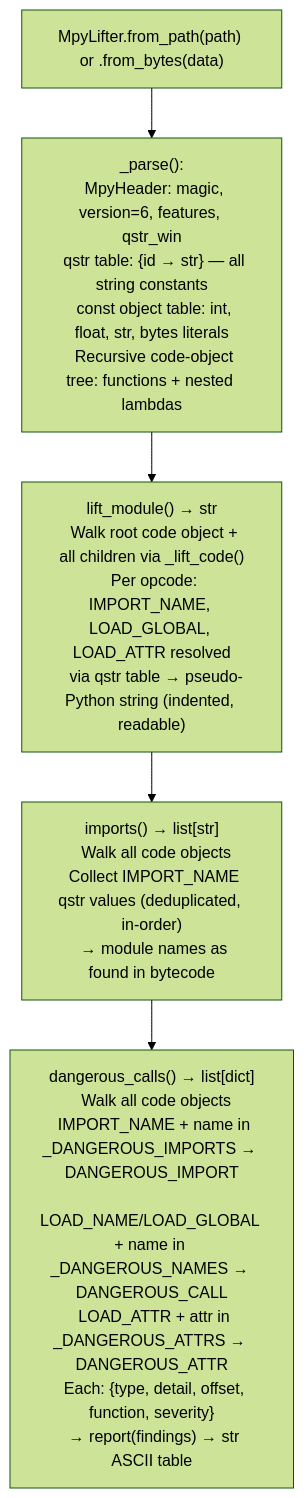
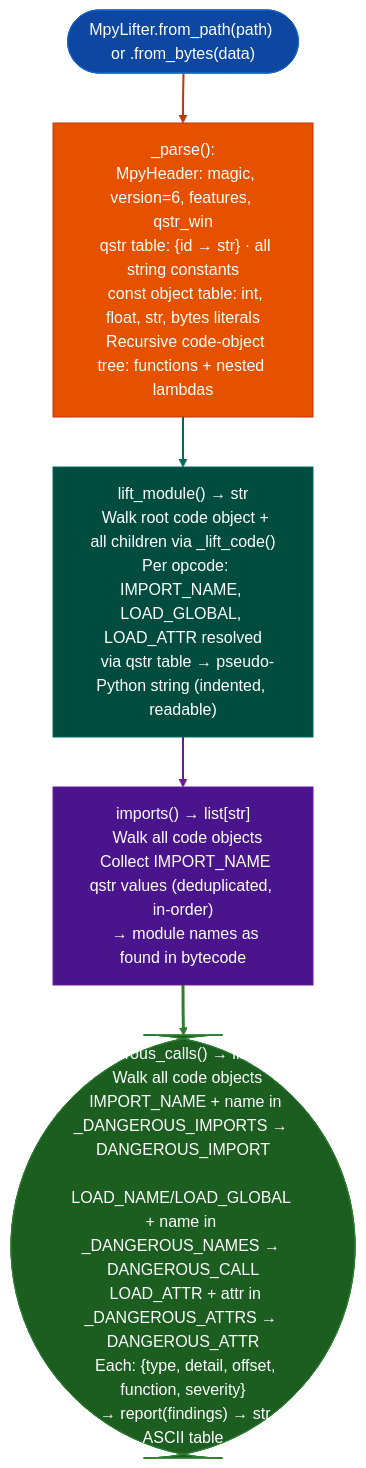
Before and after one commit to Ablation-Tool/ablation: the diagram in docs/reference-modules/micropython.md, drawn with Mermaid (forest theme). The commit also changed 320 other files, not shown here.

First line of the commit message:
docs: apply canonical Mermaid template to all 321 diagrams

````diff
--- a/docs/reference-modules/micropython.md
+++ b/docs/reference-modules/micropython.md
@@ -19,7 +19,17 @@
 ```mermaid
 flowchart TD
-    A["MpyLifter.from_path(path) or .from_bytes(data)"] --> B["_parse():\n  MpyHeader: magic, version=6, features, qstr_win\n  qstr table: {id → str} — all string constants\n  const object table: int, float, str, bytes literals\n  Recursive code-object tree: functions + nested lambdas"]
-    B --> C["lift_module() → str\n  Walk root code object + all children via _lift_code()\n  Per opcode: IMPORT_NAME, LOAD_GLOBAL, LOAD_ATTR resolved\n  via qstr table → pseudo-Python string (indented, readable)"]
-    C --> D["imports() → list[str]\n  Walk all code objects\n  Collect IMPORT_NAME qstr values (deduplicated, in-order)\n  → module names as found in bytecode"]
-    D --> E["dangerous_calls() → list[dict]\n  Walk all code objects\n  IMPORT_NAME + name in _DANGEROUS_IMPORTS → DANGEROUS_IMPORT\n  LOAD_NAME/LOAD_GLOBAL + name in _DANGEROUS_NAMES → DANGEROUS_CALL\n  LOAD_ATTR + attr in _DANGEROUS_ATTRS → DANGEROUS_ATTR\n  Each: {type, detail, offset, function, severity}\n  → report(findings) → str ASCII table"]
+    A(["MpyLifter.from_path(path) or .from_bytes(data)"]):::input --> B["_parse():\n  MpyHeader: magic, version=6, features, qstr_win\n  qstr table: {id → str} · all string constants\n  const object table: int, float, str, bytes literals\n  Recursive code-object tree: functions + nested lambdas"]:::primary
+    B:::primary --> C["lift_module() → str\n  Walk root code object + all children via _lift_code()\n  Per opcode: IMPORT_NAME, LOAD_GLOBAL, LOAD_ATTR resolved\n  via qstr table → pseudo-Python string (indented, readable)"]:::secondary
+    C:::secondary --> D["imports() → list[str]\n  Walk all code objects\n  Collect IMPORT_NAME qstr values (deduplicated, in-order)\n  → module names as found in bytecode"]:::tertiary
+    D:::tertiary --> E(["dangerous_calls() → list[dict]\n  Walk all code objects\n  IMPORT_NAME + name in _DANGEROUS_IMPORTS → DANGEROUS_IMPORT\n  LOAD_NAME/LOAD_GLOBAL + name in _DANGEROUS_NAMES → DANGEROUS_CALL\n  LOAD_ATTR + attr in _DANGEROUS_ATTRS → DANGEROUS_ATTR\n  Each: {type, detail, offset, function, severity}\n  → report(findings) → str ASCII table"]):::output
+    classDef input     fill:#0d47a1,stroke:#1565c0,color:#fff
+    classDef primary   fill:#e65100,stroke:#bf360c,color:#fff
+    classDef secondary fill:#004d40,stroke:#00695c,color:#fff
+    classDef tertiary  fill:#4a148c,stroke:#6a1b9a,color:#fff
+    classDef neutral   fill:#37474f,stroke:#546e7a,color:#fff
+    classDef output    fill:#1b5e20,stroke:#2e7d32,color:#fff
+    linkStyle 0 stroke:#bf360c,stroke-width:2px
+    linkStyle 1 stroke:#00695c,stroke-width:2px
+    linkStyle 2 stroke:#6a1b9a,stroke-width:2px
+    linkStyle 3 stroke:#2e7d32,stroke-width:3px
 ```
````
